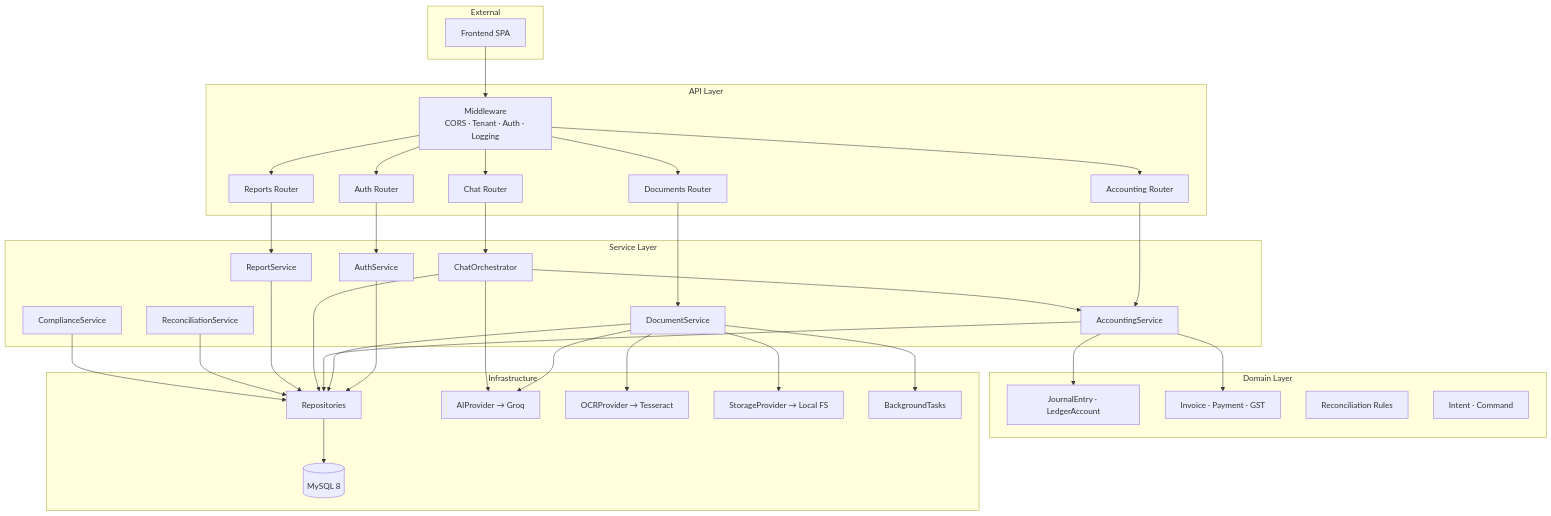
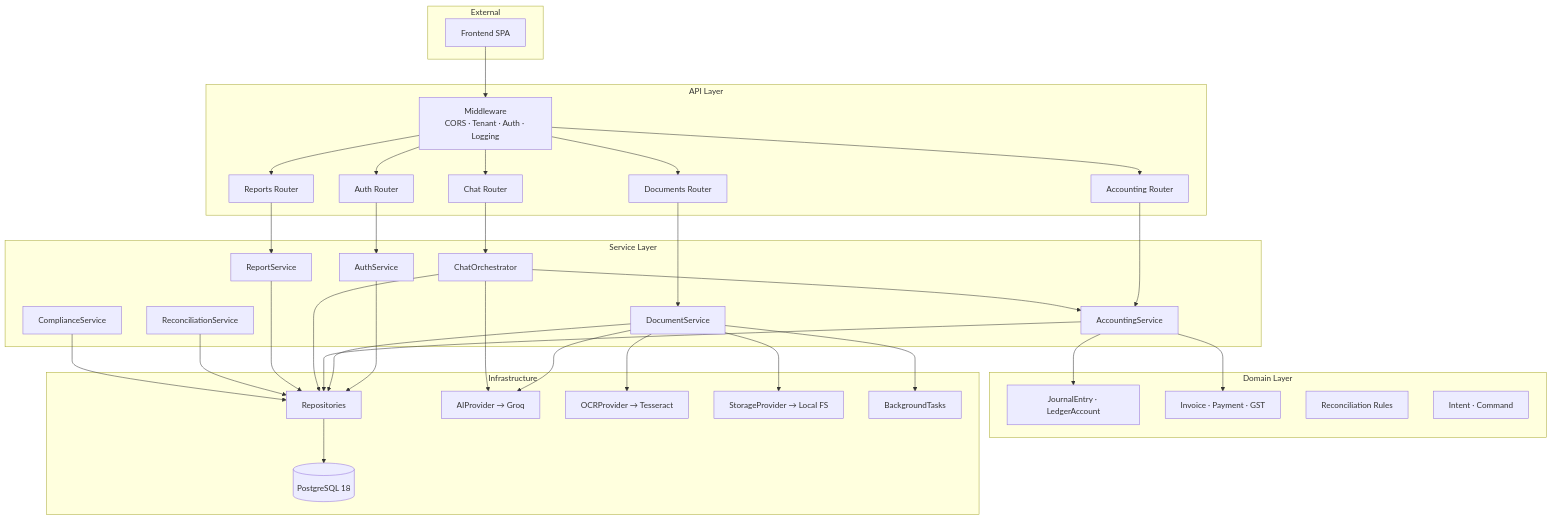
Before and after one commit to abhishekraaut/FAST-API: the second of 21 diagrams in docs/PHASE_2_SYSTEM_DESIGN.md, drawn with Mermaid. The commit also changed other lines of this file and 11 other files, not shown here.

````diff
--- a/docs/PHASE_2_SYSTEM_DESIGN.md
+++ b/docs/PHASE_2_SYSTEM_DESIGN.md
@@ -77,53 +77,53 @@
 ```mermaid
 flowchart TB
     subgraph Client["External"]
         FE[Frontend SPA]
     end
 
     subgraph API["API Layer"]
         R1[Auth Router]
         R2[Documents Router]
         R3[Accounting Router]
         R4[Chat Router]
         R5[Reports Router]
         MW[Middleware<br/>CORS · Tenant · Auth · Logging]
     end
 
     subgraph Services["Service Layer"]
         S1[AuthService]
         S2[DocumentService]
         S3[AccountingService]
         S4[ChatOrchestrator]
         S5[ReportService]
         S6[ReconciliationService]
         S7[ComplianceService]
     end
 
     subgraph Domain["Domain Layer"]
         D1[JournalEntry · LedgerAccount]
         D2[Invoice · Payment · GST]
         D3[Reconciliation Rules]
         D4[Intent · Command]
     end
 
     subgraph Infra["Infrastructure"]
         REPO[Repositories]
         AI[AIProvider → Groq]
         OCR[OCRProvider → Tesseract]
         STOR[StorageProvider → Local FS]
-        DB[(MySQL 8)]
+        DB[(PostgreSQL 18)]
         BG[BackgroundTasks]
     end
 
     FE --> MW --> R1 & R2 & R3 & R4 & R5
     R1 --> S1
     R2 --> S2
     R3 --> S3
     R4 --> S4
     R5 --> S5
     S2 --> OCR & STOR & AI
     S3 --> D1 & D2
     S4 --> AI & S3
     S1 & S2 & S3 & S4 & S5 & S6 & S7 --> REPO --> DB
     S2 --> BG
 ```
````
